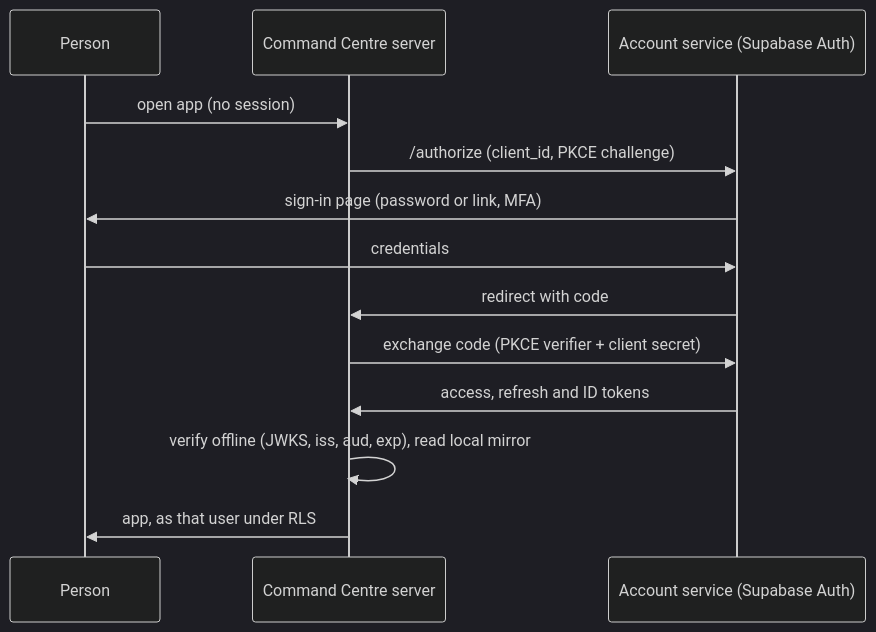
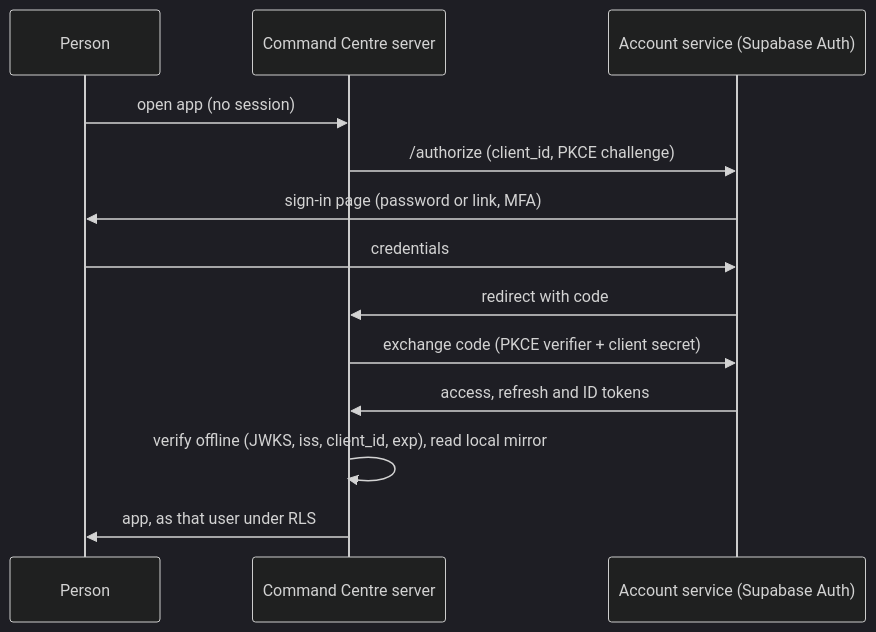
Before and after one commit to anigemmill/commandcentre: the first of 2 diagrams in docs/architecture/outside-in-product-ecosystem.md, drawn with Mermaid (dark theme). The commit also changed other lines of this file and 1 other file, not shown here.

First line of the commit message:
Docs: products verify client_id, not aud

````diff
--- a/docs/architecture/outside-in-product-ecosystem.md
+++ b/docs/architecture/outside-in-product-ecosystem.md
@@ -59,15 +60,15 @@
 ```mermaid
 sequenceDiagram
   participant P as Person
   participant CC as Command Centre server
   participant AS as Account service (Supabase Auth)
   P->>CC: open app (no session)
   CC->>AS: /authorize (client_id, PKCE challenge)
   AS->>P: sign-in page (password or link, MFA)
   P->>AS: credentials
   AS->>CC: redirect with code
   CC->>AS: exchange code (PKCE verifier + client secret)
   AS->>CC: access, refresh and ID tokens
-  CC->>CC: verify offline (JWKS, iss, aud, exp), read local mirror
+  CC->>CC: verify offline (JWKS, iss, client_id, exp), read local mirror
   CC->>P: app, as that user under RLS
 ```
````
